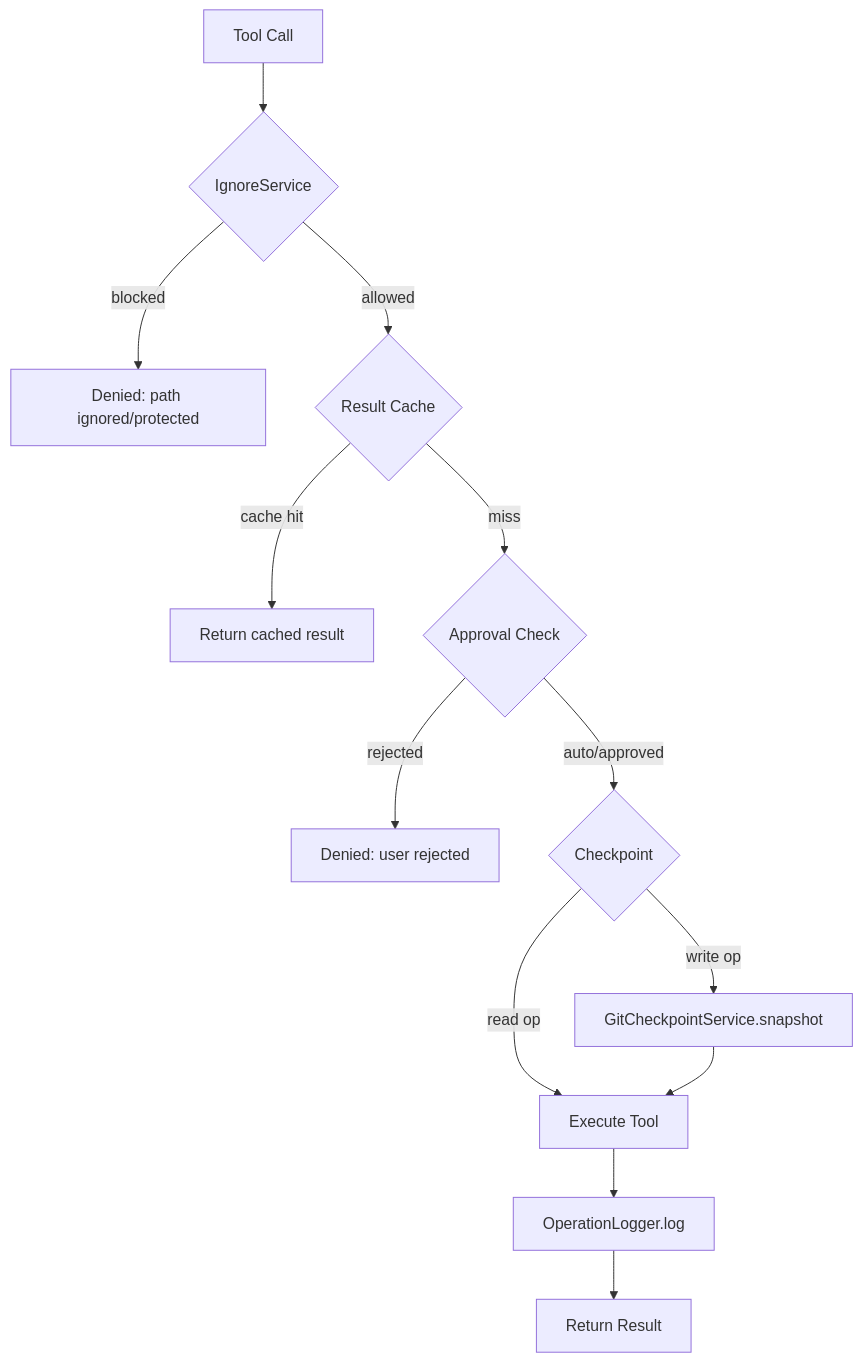
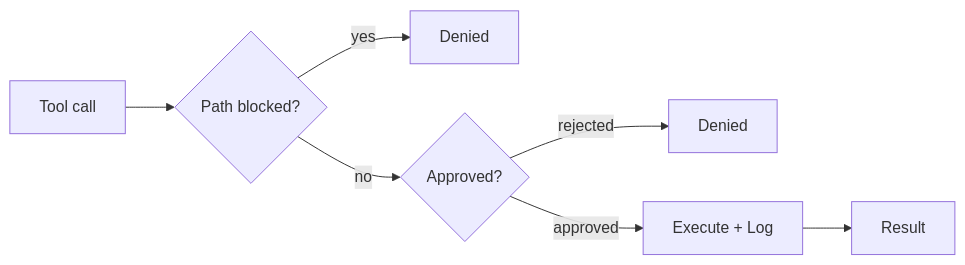
Before and after one commit to eshyun/obsilo: the diagram in docs/dev/governance.md, drawn with Mermaid. The commit also changed other lines of this file and 40 other files, not shown here.

````diff
--- a/docs/dev/governance.md
+++ b/docs/dev/governance.md
@@ -11,15 +16,9 @@
 ```mermaid
-flowchart TD
-    A[Tool Call] --> B{IgnoreService}
-    B -- blocked --> X1[Denied: path ignored/protected]
-    B -- allowed --> C{Result Cache}
-    C -- cache hit --> R1[Return cached result]
-    C -- miss --> D{Approval Check}
-    D -- rejected --> X2[Denied: user rejected]
-    D -- auto/approved --> E{Checkpoint}
-    E -- write op --> F[GitCheckpointService.snapshot]
-    E -- read op --> G[Execute Tool]
-    F --> G
-    G --> H[OperationLogger.log]
-    H --> I[Return Result]
+flowchart LR
+    A[Tool call] --> B{Path blocked?}
+    B -- yes --> X1[Denied]
+    B -- no --> C{Approved?}
+    C -- rejected --> X2[Denied]
+    C -- approved --> D[Execute + Log]
+    D --> E[Result]
 ```
````
